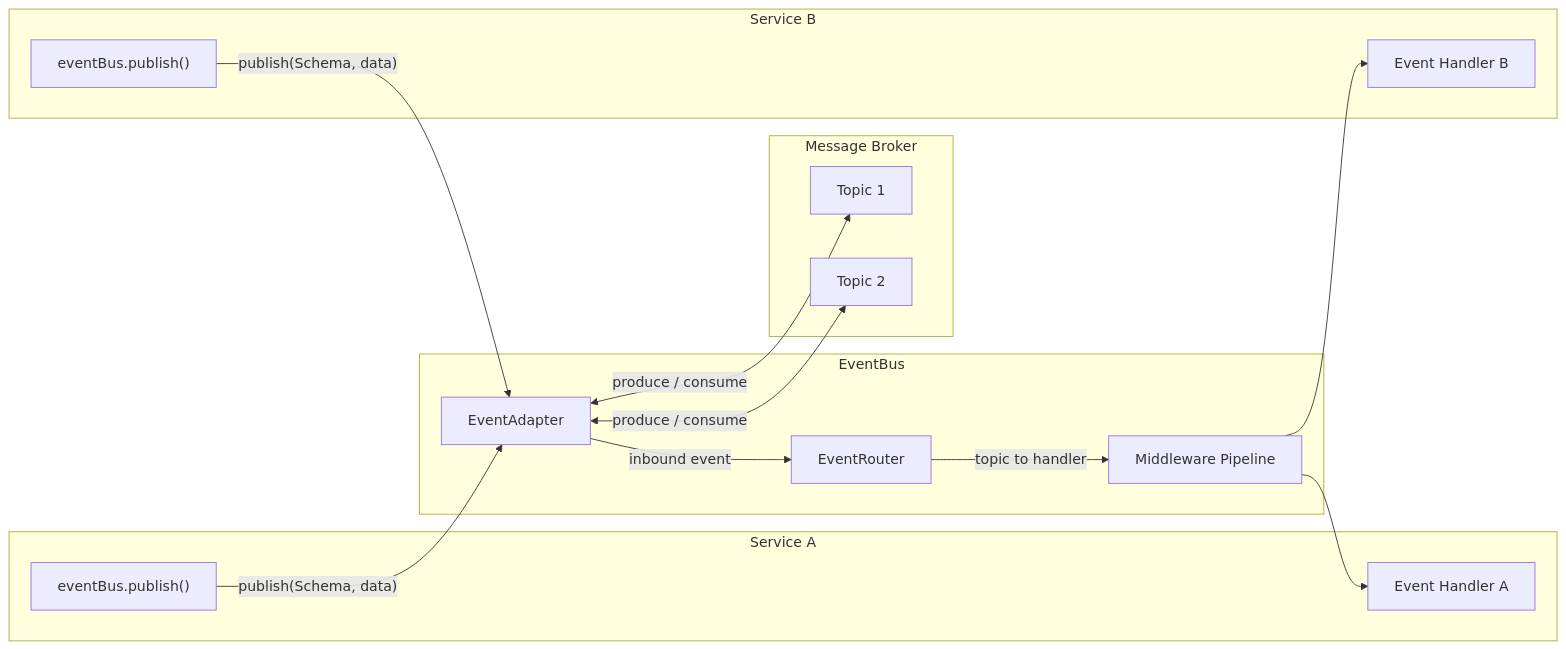
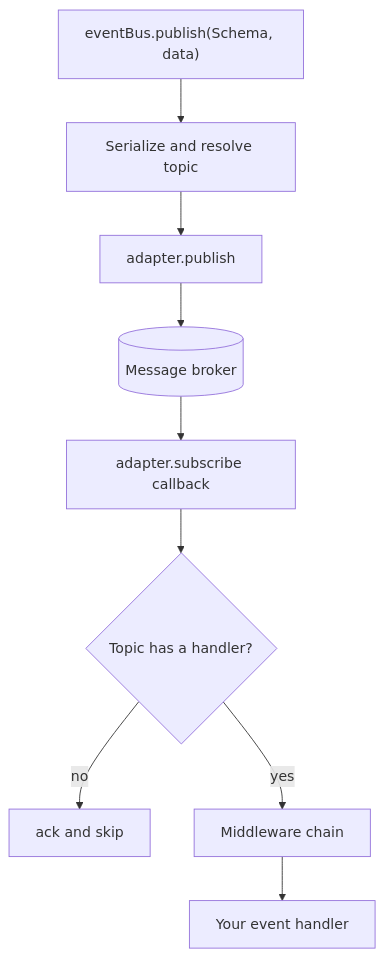
One commit to Connectum-Framework/docs changed the diagram in en/guide/events.md. Above: the diagram before and after it, drawn with Mermaid. The commit also changed other lines of this file and 6 other files, not shown here.

First line of the commit message:
docs(diagrams): make wide diagrams readable in the documentation column

````diff
--- a/en/guide/events.md
+++ b/en/guide/events.md
@@ -18,34 +18,14 @@
 ```mermaid
-graph LR
-    subgraph Service A
-        HA["Event Handler A"]
-        PA["eventBus.publish()"]
-    end
+flowchart TD
+    Pub["eventBus.publish(Schema, data)"] --> Ser["Serialize and resolve topic"]
+    Ser --> AdOut["adapter.publish"]
+    AdOut --> Broker[("Message broker")]
+    Broker --> AdIn["adapter.subscribe callback"]
+    AdIn --> Match{"Topic has a handler?"}
+    Match -->|"no"| Ack["ack and skip"]
+    Match -->|"yes"| MW["Middleware chain"]
+    MW --> Handler["Your event handler"]
 
-    subgraph EventBus
-        AD["EventAdapter"]
-        R["EventRouter"]
-        MW["Middleware Pipeline"]
-    end
-
-    subgraph Broker["Message Broker"]
-        T1["Topic 1"]
-        T2["Topic 2"]
-    end
-
-    subgraph Service B
-        HB["Event Handler B"]
-        PB["eventBus.publish()"]
-    end
-
-    PA -->|"publish(Schema, data)"| AD
-    PB -->|"publish(Schema, data)"| AD
-
-    AD <-->|"produce / consume"| T1
-    AD <-->|"produce / consume"| T2
-
-    AD -->|"inbound event"| R
-    R -->|"topic to handler"| MW
-    MW --> HA
-    MW --> HB
+    class Broker accent
+    class Ack muted
 ```
````
